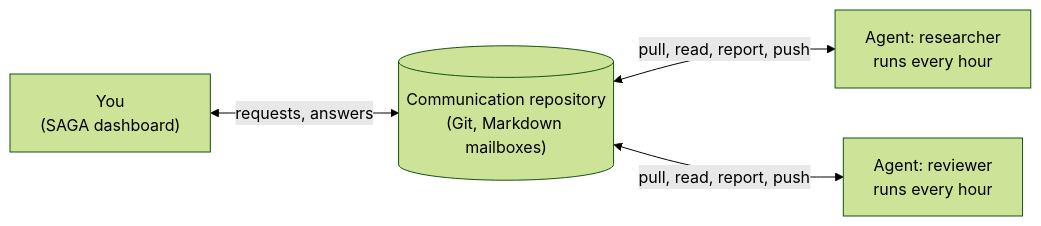
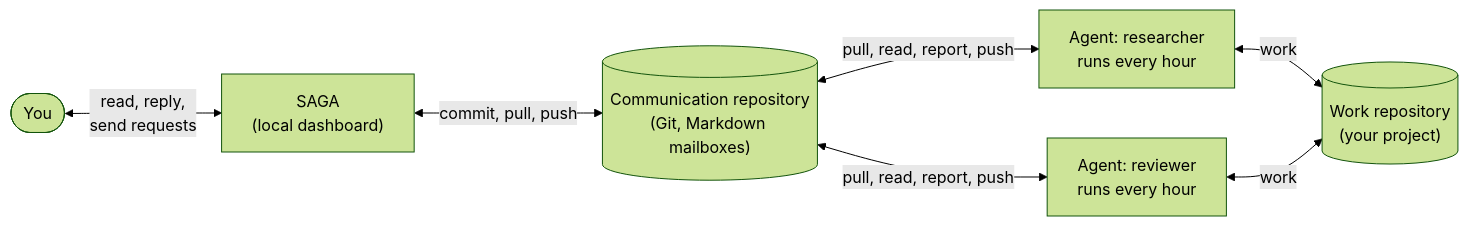
Before and after one commit to Ignia-org/SAGA: the diagram in README.md, drawn with Mermaid (forest theme). The commit also changed other lines of this file, not shown here.

Commit message:
Show SAGA between you and the communication repository, and the work repository, in the README diagram
Claude-Session: https://claude.ai/code/session_01TDY2jQy3d8S9A3TAVuKbp5

````diff
--- a/README.md
+++ b/README.md
@@ -25,6 +26,9 @@
 ```mermaid
 flowchart LR
-    you["You<br/>(SAGA dashboard)"] <-->|"requests, answers"| repo[("Communication repository<br/>(Git, Markdown mailboxes)")]
+    you(["You"]) <-->|"read, reply,<br/>send requests"| saga["SAGA<br/>(local dashboard)"]
+    saga <-->|"commit, pull, push"| repo[("Communication repository<br/>(Git, Markdown mailboxes)")]
     repo <-->|"pull, read, report, push"| a1["Agent: researcher<br/>runs every hour"]
     repo <-->|"pull, read, report, push"| a2["Agent: reviewer<br/>runs every hour"]
+    a1 <-->|"work"| work[("Work repository<br/>(your project)")]
+    a2 <-->|"work"| work
 ```
````
